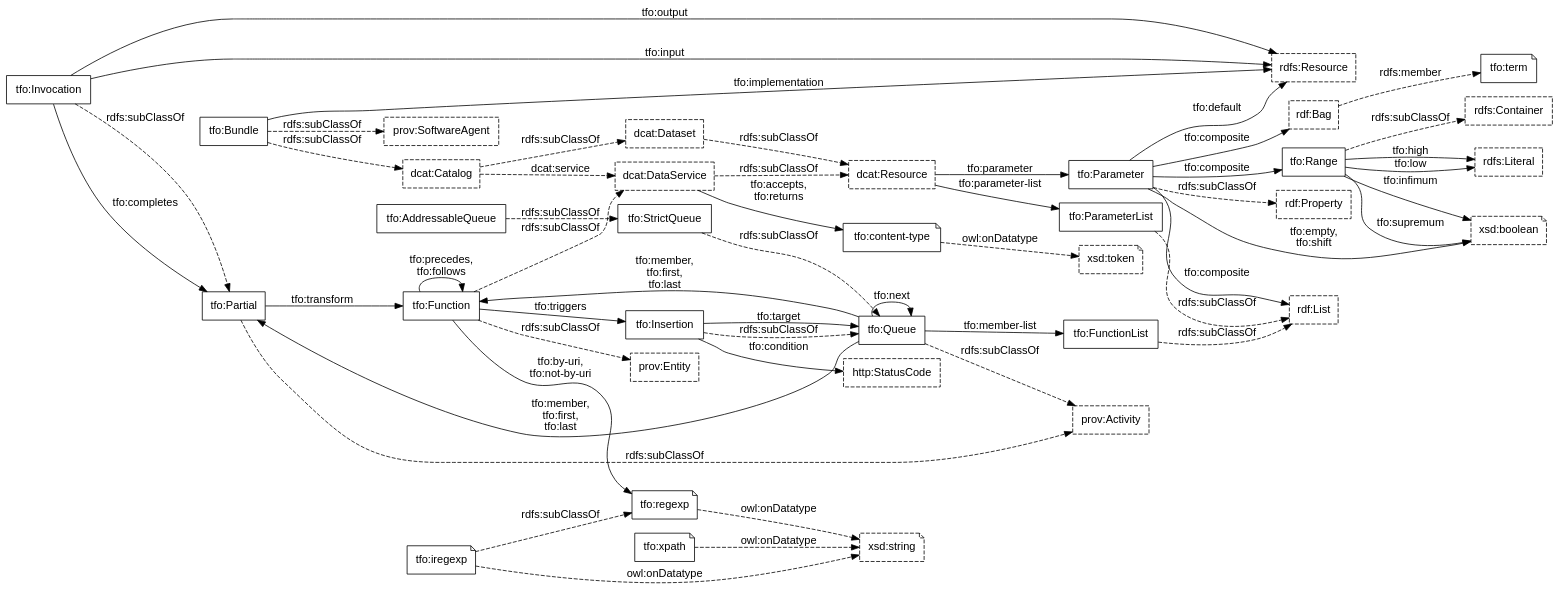
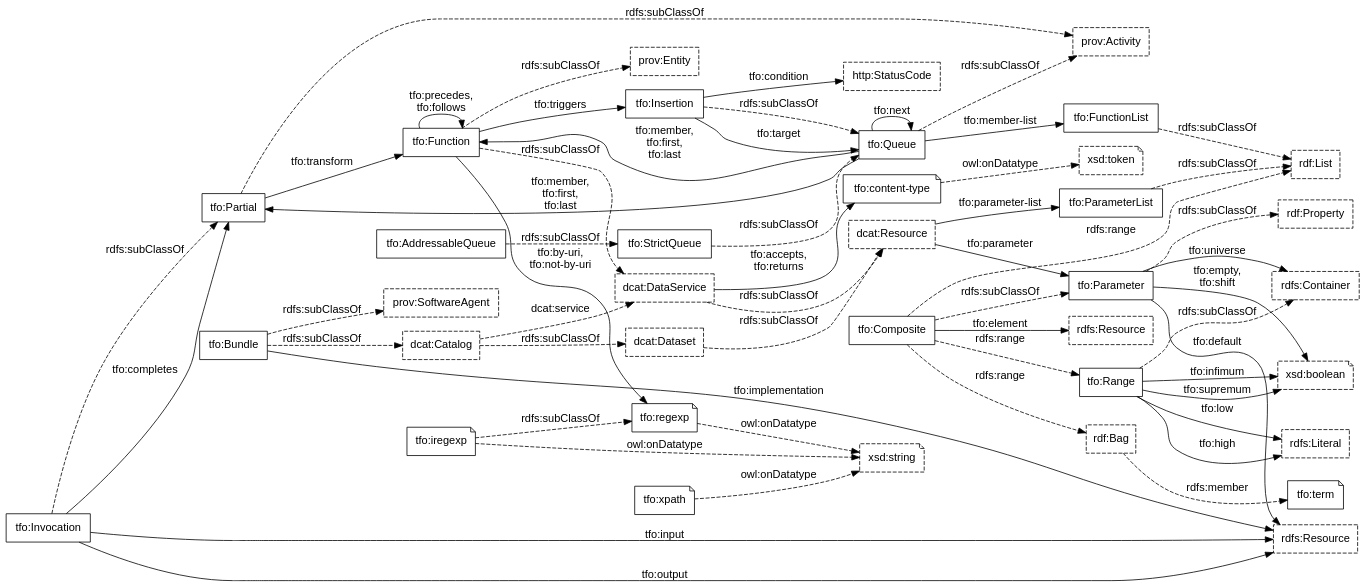
The diagram in transformation-classes.dot (doriantaylor/owl-transformation), drawn with Graphviz before and after one commit. The commit also changed 3 other files, not shown here.

```diff
--- a/transformation-classes.dot
+++ b/transformation-classes.dot
@@ -1,138 +1,144 @@
 digraph {
     graph [bgcolor=transparent,rankdir=LR];
     node [shape=box,color="#000000",fontcolor="#000000",fontname="Lucida Grande, Lucida Sans Unicode, sans-serif"];
     edge [color="#000000",fontcolor="#000000",fontname="Lucida Grande, Lucida Sans Unicode, sans-serif"];
 
     // third-party classes
 
     subgraph {
         node [style=dashed];
         prov_Activity [label="prov:Activity", target="_parent", href="https://www.w3.org/TR/prov-o/#Activity"];
         prov_Entity [label="prov:Entity", target="_parent", href="https://www.w3.org/TR/prov-o/#Entity"];
         dcat_Resource [label="dcat:Resource" target="_parent", href="https://www.w3.org/TR/vocab-dcat-2/#Class:Resource"];
         dcat_Dataset [label="dcat:Dataset" target="_parent", href="https://www.w3.org/TR/vocab-dcat-2/#Class:Dataset"];
         dcat_Catalog [label="dcat:Catalog" target="_parent", href="https://www.w3.org/TR/vocab-dcat-2/#Class:Catalog"];
         dcat_DataService [label="dcat:DataService" target="_parent", href="https://www.w3.org/TR/vocab-dcat-2/#Class:Data_Service"];
         prov_SoftwareAgent [label="prov:SoftwareAgent", target="_parent", href="https://www.w3.org/TR/prov-o/#SoftwareAgent"];
         rdf_Bag      [label="rdf:Bag", target="_parent", href="https://www.w3.org/TR/rdf11-schema/#ch_bag"];
         rdf_List      [label="rdf:List", target="_parent", href="https://www.w3.org/TR/rdf11-schema/#ch_list"];
         rdf_Property  [label="rdf:Property", target="_parent", href="https://www.w3.org/TR/rdf11-schema/#ch_property"];
         rdfs_Resource [label="rdfs:Resource", target="_parent", href="https://www.w3.org/TR/rdf11-schema/#ch_resource"];
+        rdfs_Datatype [label="rdfs:Resource", target="_parent", href="https://www.w3.org/TR/rdf11-schema/#ch_datatype"];
 	rdfs_Literal [label="rdfs:Literal", target="_parent", href="https://www.w3.org/TR/rdf11-schema/#ch_literal"];
 	rdfs_Container [label="rdfs:Container", target="_parent", href="https://www.w3.org/TR/rdf11-schema/#ch_container"];
         http_StatusCode [label="http:StatusCode", target="_parent", href="https://www.w3.org/TR/HTTP-in-RDF10/#StatusCodeClass"];
         //rdf_nil       [label="rdf:nil", target="_parent", href="https://www.w3.org/TR/rdf11-schema/#ch_nil"];
     }
 
     // our classes
 
     tfo_Bundle [label="tfo:Bundle", target="_parent", href="https://vocab.methodandstructure.com/transformation#Bundle"];
     tfo_Invocation [label="tfo:Invocation", target="_parent", href="https://vocab.methodandstructure.com/transformation#Invocation"];
     tfo_Parameter [label="tfo:Parameter", target="_parent", href="https://vocab.methodandstructure.com/transformation#Parameter"];
+    tfo_Composite [label="tfo:Composite", target="_parent", href="https://vocab.methodandstructure.com/transformation#Composite"];
     tfo_ParameterList [label="tfo:ParameterList", target="_parent", href="https://vocab.methodandstructure.com/transformation#ParameterList"];
     tfo_Range [label="tfo:Range", target="_parent", href="https://vocab.methodandstructure.com/transformation#Range"];
     tfo_Partial [label="tfo:Partial", target="_parent", href="https://vocab.methodandstructure.com/transformation#Partial"];
     tfo_Function [label="tfo:Function", target="_parent", href="https://vocab.methodandstructure.com/transformation#Function"];
     // tfo_MarkupTransform [label="tfo:MarkupTransform", target="_parent", href="https://vocab.methodandstructure.com/transformation#MarkupTransform"];
     tfo_Queue [label="tfo:Queue", target="_parent", href="https://vocab.methodandstructure.com/transformation#Queue"];
     tfo_StrictQueue [label="tfo:StrictQueue", target="_parent", href="https://vocab.methodandstructure.com/transformation#StrictQueue"];
     tfo_AddressableQueue [label="tfo:AddressableQueue", target="_parent", href="https://vocab.methodandstructure.com/transformation#AddressableQueue"];
     tfo_FunctionList [label="tfo:FunctionList", target="_parent", href="https://vocab.methodandstructure.com/transformation#FunctionList"];
     tfo_Insertion [label="tfo:Insertion", target="_parent", href="https://vocab.methodandstructure.com/transformation#Insertion"];
 
     // our datatypes
     subgraph {
         node [shape=note];
         tfo_content_type [label="tfo:content-type", target="_parent", href="https://vocab.methodandstructure.com/transformation#content-type"];
         tfo_regexp [label="tfo:regexp", target="_parent", href="https://vocab.methodandstructure.com/transformation#regexp"];
         tfo_iregexp [label="tfo:iregexp", target="_parent", href="https://vocab.methodandstructure.com/transformation#iregexp"];
         tfo_xpath [label="tfo:xpath", target="_parent", href="https://vocab.methodandstructure.com/transformation#xpath"];
 	tfo_term [label="tfo:term", target="_parent", href="https://vocab.methodandstructure.com/transformation#term"];
     }
 
     // third-party datatypes
     subgraph {
         node [shape=note,style=dashed];
         xsd_string    [label="xsd:string", target="_parent", href="https://www.w3.org/TR/xmlschema11-2/#string"];
         xsd_token     [label="xsd:token", target="_parent", href="https://www.w3.org/TR/xmlschema11-2/#token"];
 	xsd_boolean   [label="xsd:boolean", target="_parent", href="https://www.w3.org/TR/xmlschema11-2/#boolean"];
     }
 
     subgraph {
         edge [style=dashed, label="owl:onDatatype"];
         tfo_content_type -> xsd_token;
         tfo_regexp       -> xsd_string;
         tfo_iregexp      -> xsd_string;
         tfo_xpath        -> xsd_string;
     }
 
     // subclass relations
 
     subgraph {
         edge [style=dashed, label="rdfs:subClassOf"];
         tfo_Bundle           -> dcat_Catalog -> dcat_Dataset -> dcat_Resource;
         tfo_Bundle           -> prov_SoftwareAgent;
         tfo_Invocation       -> tfo_Partial -> prov_Activity;
         // tfo_MarkupTransform  -> tfo_Transform -> dcat_DataService;
         tfo_Function         -> dcat_DataService -> dcat_Resource;
         tfo_Function         -> prov_Entity;
-        tfo_Parameter        -> rdf_Property;
+        tfo_Composite        -> tfo_Parameter -> rdf_Property;
         tfo_ParameterList    -> rdf_List;
         tfo_iregexp          -> tfo_regexp;
         tfo_StrictQueue      -> tfo_Queue -> prov_Activity;
         tfo_AddressableQueue -> tfo_StrictQueue;
         tfo_Insertion        -> tfo_Queue;
         tfo_FunctionList     -> rdf_List;
 	tfo_Range            -> rdfs_Container;
+
+	tfo_Composite -> rdf_Bag [label="rdfs:range"];
+	tfo_Composite -> rdf_List [label="rdfs:range"];
+	tfo_Composite -> tfo_Range [label="rdfs:range"];
     }
 
     // main relations
 
     tfo_Bundle -> rdfs_Resource [label="tfo:implementation"];
     dcat_Resource -> tfo_Parameter [label="tfo:parameter"];
     dcat_Resource -> tfo_ParameterList [label="tfo:parameter-list"];
     dcat_DataService -> tfo_content_type [label="tfo:accepts,\ntfo:returns"];
     // tfo_Transform -> tfo_content_type [label="tfo:returns"];
     tfo_Function  -> tfo_Function [label="tfo:precedes,\ntfo:follows"];
     tfo_Function  -> tfo_Insertion [label="tfo:triggers"];
     tfo_Partial   -> tfo_Function [label="tfo:transform"];
     tfo_Invocation -> tfo_Partial [label="tfo:completes"];
     tfo_Invocation -> rdfs_Resource [label="tfo:input"];
     tfo_Invocation -> rdfs_Resource [label="tfo:output"];
 
-    tfo_Parameter -> rdf_Bag [label="tfo:composite"];
-    tfo_Parameter -> rdf_List [label="tfo:composite"];
-    tfo_Parameter -> tfo_Range [label="tfo:composite"];
+    tfo_Parameter -> rdfs_Container [label="tfo:universe"];
     tfo_Parameter -> rdfs_Resource [label="tfo:default"];
     tfo_Parameter -> xsd_boolean [label="tfo:empty,\ntfo:shift"];
+
+    tfo_Composite -> rdfs_Datatype [label="tfo:element"];
 
     tfo_Range -> xsd_boolean [label="tfo:infimum"];
     tfo_Range -> xsd_boolean [label="tfo:supremum"];
     tfo_Range -> rdfs_Literal [label="tfo:low"];
     tfo_Range -> rdfs_Literal [label="tfo:high"];
 
     tfo_Queue -> tfo_Queue [label="tfo:next"];
     tfo_Queue -> tfo_Function [label="tfo:member,\ntfo:first,\ntfo:last"];
     tfo_Queue -> tfo_Partial [label="tfo:member,\ntfo:first,\ntfo:last"];
     tfo_Queue -> tfo_FunctionList [label="tfo:member-list"];
 
     tfo_Insertion -> tfo_Queue [label="tfo:target"];
     tfo_Insertion -> http_StatusCode [label="tfo:condition"];
 
     tfo_Function -> tfo_regexp [label="tfo:by-uri,\ntfo:not-by-uri"];
     //tfo_MarkupTransform -> tfo_xpath [label="tfo:by-xpath,\ntfo:not-by-xpath"];
 
     subgraph {
         edge [style=dashed];
         dcat_Catalog -> dcat_DataService [label="dcat:service"];
 	rdf_Bag -> tfo_term [label="rdfs:member"];
         //tfo_Parameter -> tfo_Invocation [label="rdfs:domain"];
         //tfo_ParameterList -> tfo_Parameter [label="rdf:first"];
         //tfo_ParameterList -> tfo_ParameterList [label="rdf:rest"];
         //tfo_ParameterList -> rdf_nil [label="rdf:rest"];
         //tfo_FunctionList -> tfo_Transform [label="rdf:first"];
         //tfo_FunctionList -> tfo_Partial [label="rdf:first"];
         //tfo_FunctionList -> tfo_FunctionList [label="rdf:rest"];
         //tfo_FunctionList -> rdf_nil [label="rdf:rest"];
     }
 }
```
